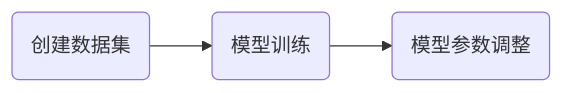
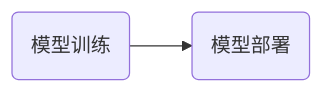
One commit to wlkla/onebuaaer.github.io changed the diagram in backup/百度实习第十天.md. Above: the diagram before and after it, drawn with Mermaid. The commit also changed other lines of this file and 3 other files, not shown here.

````diff
--- a/backup/百度实习第十天.md
+++ b/backup/百度实习第十天.md
@@ -5,7 +5,6 @@
 ```mermaid
 graph LR
-    A(创建数据集)
-    B(模型训练)
-    C(模型参数调整)
-    A --> B --> C
+    A(模型训练)
+    B(模型部署)
+    A --> B
 ```
````
